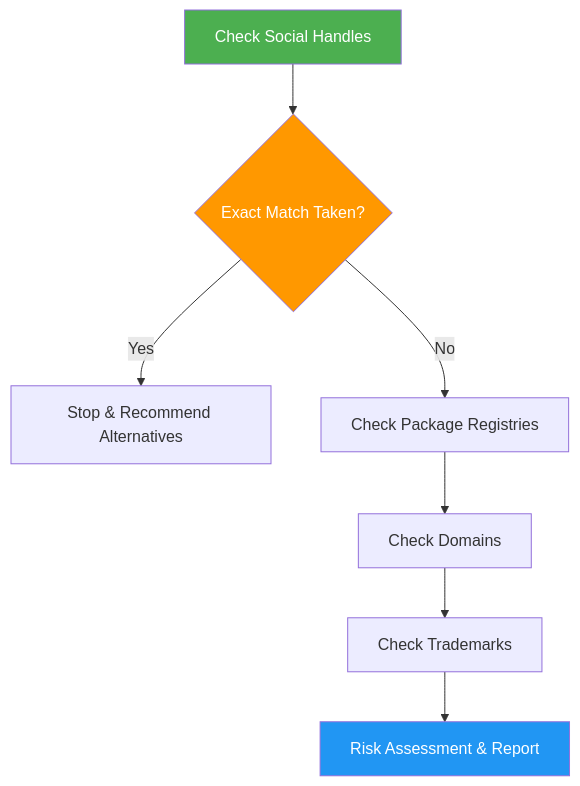
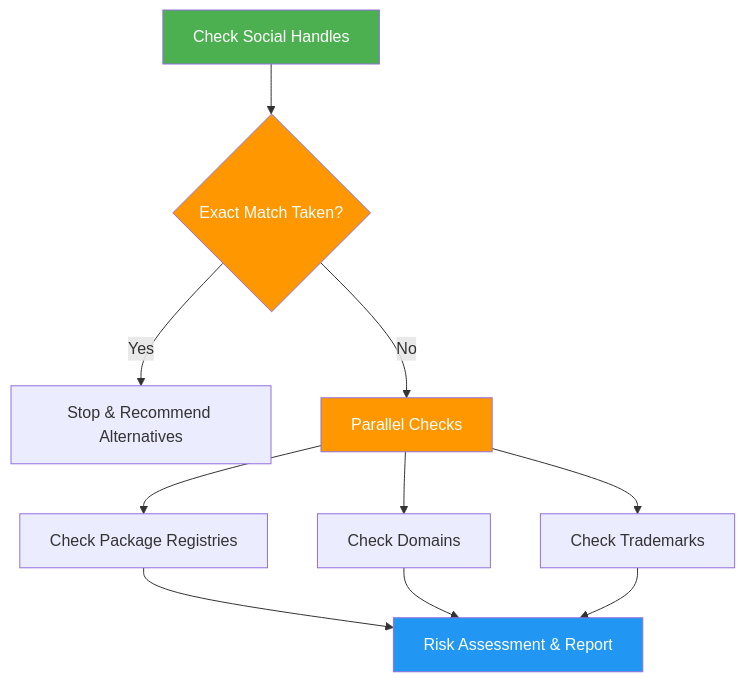
One commit to luongnv89/skills changed the diagram in skills/name-checker/README.md. Above: the diagram before and after it, drawn with Mermaid. The commit also changed other lines of this file and 23 other files, not shown here.

````diff
--- a/skills/name-checker/README.md
+++ b/skills/name-checker/README.md
@@ -25,12 +26,16 @@
 ```mermaid
 graph TD
     A["Check Social Handles"] --> B{"Exact Match Taken?"}
     B -->|Yes| C["Stop & Recommend Alternatives"]
-    B -->|No| D["Check Package Registries"]
-    D --> E["Check Domains"]
-    E --> G["Check Trademarks"]
-    G --> H["Risk Assessment & Report"]
+    B -->|No| D["Parallel Checks"]
+    D --> D1["Check Package Registries"]
+    D --> D2["Check Domains"]
+    D --> D3["Check Trademarks"]
+    D1 --> E["Risk Assessment & Report"]
+    D2 --> E
+    D3 --> E
     style A fill:#4CAF50,color:#fff
     style B fill:#FF9800,color:#fff
-    style H fill:#2196F3,color:#fff
+    style D fill:#FF9800,color:#fff
+    style E fill:#2196F3,color:#fff
 ```
````
